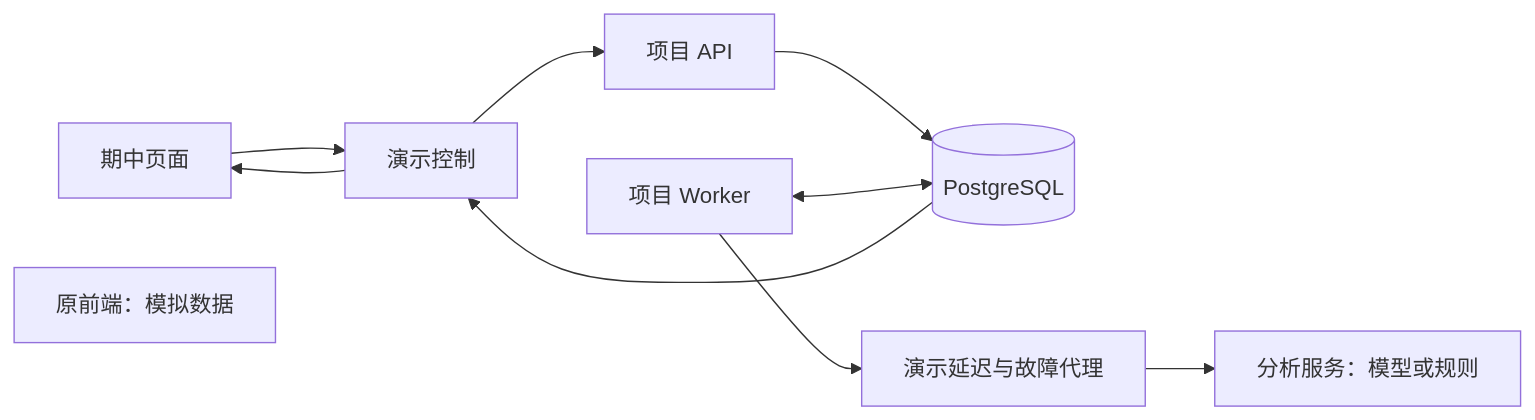
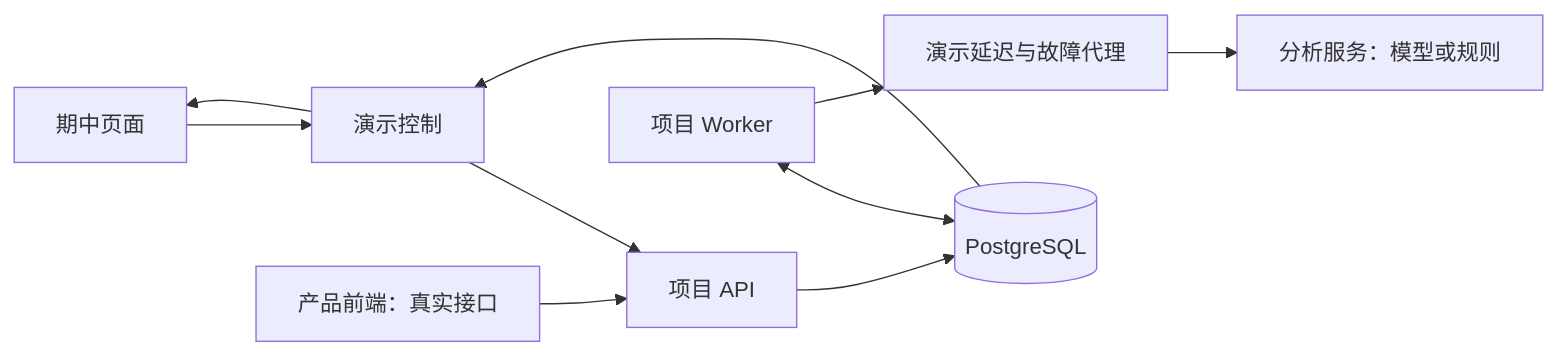
The fourth of 6 diagrams in docs/architecture.md (Fei-stack-wq/maie6000c-PRI), drawn with Mermaid before and after one commit. The commit also changed other lines of this file and 11 other files, not shown here.

````diff
--- a/docs/architecture.md
+++ b/docs/architecture.md
@@ -164,12 +164,12 @@
 ```mermaid
 flowchart LR
     Page[期中页面] --> Presenter[演示控制]
     Presenter --> API[项目 API]
     API --> DB[(PostgreSQL)]
     Worker[项目 Worker] <--> DB
     Worker --> Proxy[演示延迟与故障代理]
     Proxy --> AI[分析服务：模型或规则]
     DB --> Presenter
     Presenter --> Page
-    Original[原前端：模拟数据]
+    Original[产品前端：真实接口] --> API
 ```
````
